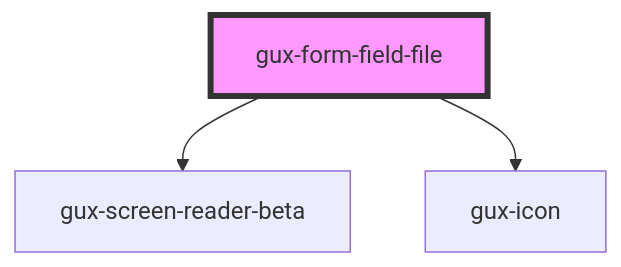
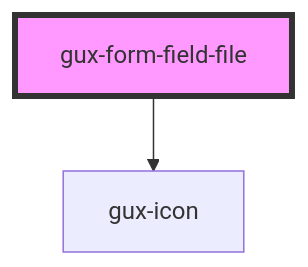
The diagram in packages/genesys-spark-components/src/components/stable/gux-form-field/components/gux-form-field-file/readme.md (MyPureCloud/genesys-spark), drawn with Mermaid before and after one commit. The commit also changed other lines of this file and 75 other files, not shown here.

````diff
--- a/packages/genesys-spark-components/src/components/stable/gux-form-field/components/gux-form-field-file/readme.md
+++ b/packages/genesys-spark-components/src/components/stable/gux-form-field/components/gux-form-field-file/readme.md
@@ -33,6 +32,5 @@
 ```mermaid
 graph TD;
-  gux-form-field-file --> gux-screen-reader-beta
   gux-form-field-file --> gux-icon
   style gux-form-field-file fill:#f9f,stroke:#333,stroke-width:4px
 ```
````
